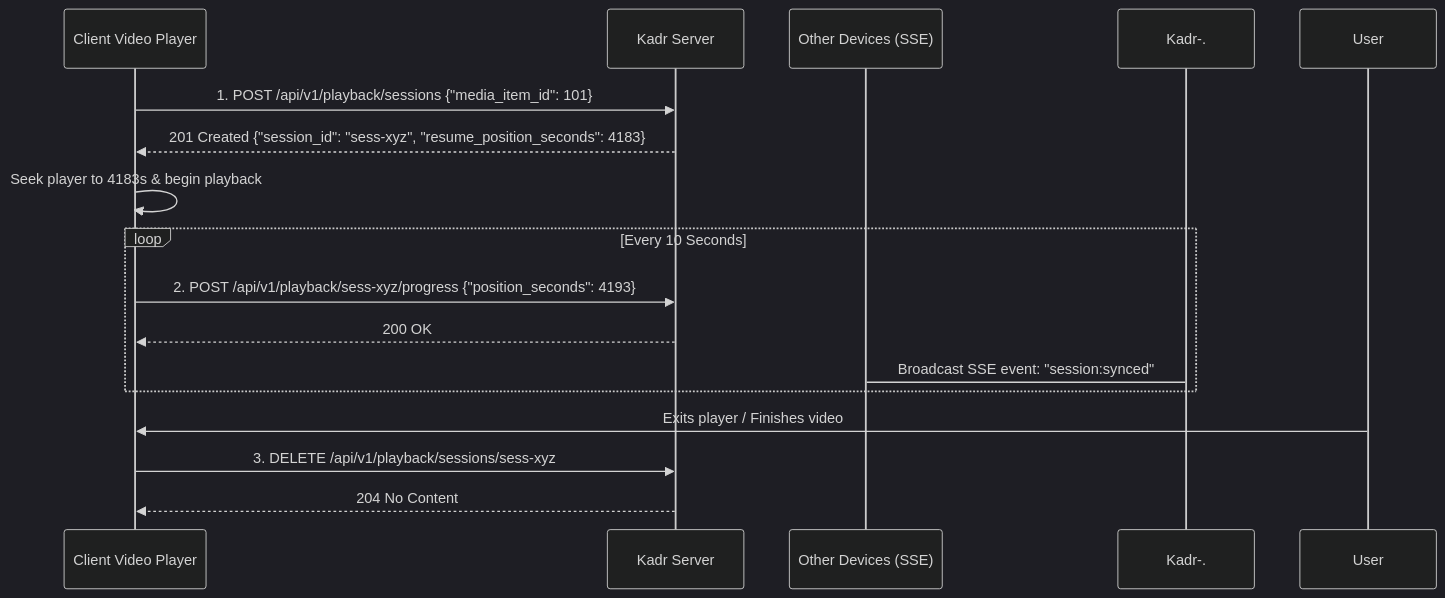
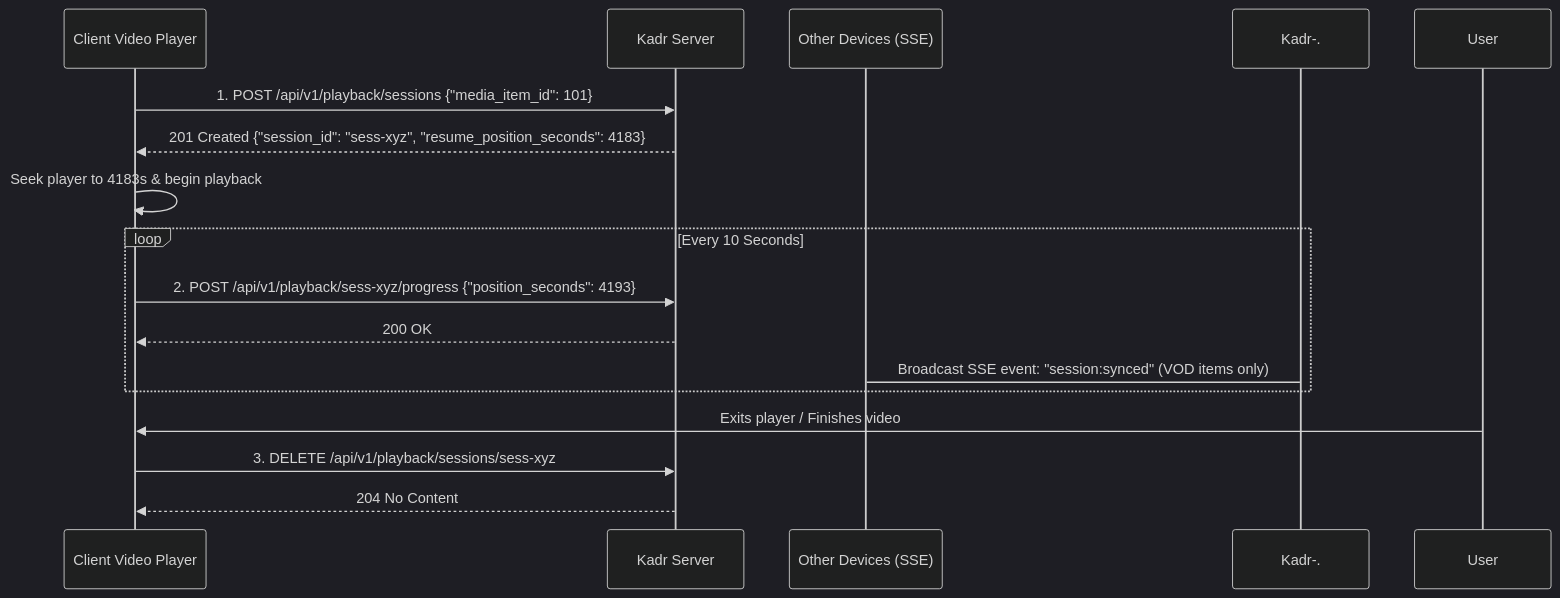
Before and after one commit to BooDy/kadr: the eighth of 10 diagrams in docs/CLIENT_GUIDE.md, drawn with Mermaid (dark theme). The commit also changed other lines of this file, not shown here.

````diff
--- a/docs/CLIENT_GUIDE.md
+++ b/docs/CLIENT_GUIDE.md
@@ -790,20 +902,20 @@
 ```mermaid
 sequenceDiagram
     participant Player as Client Video Player
     participant Kadr as Kadr Server
     participant SSE as Other Devices (SSE)
 
     Player->>Kadr: 1. POST /api/v1/playback/sessions {"media_item_id": 101}
     Kadr-->>Player: 201 Created {"session_id": "sess-xyz", "resume_position_seconds": 4183}
     Player->>Player: Seek player to 4183s & begin playback
 
     loop Every 10 Seconds
         Player->>Kadr: 2. POST /api/v1/playback/sess-xyz/progress {"position_seconds": 4193}
         Kadr-->>Player: 200 OK
-        Kadr-.->SSE: Broadcast SSE event: "session:synced"
+        Kadr-.->SSE: Broadcast SSE event: "session:synced" (VOD items only)
     end
 
     User->>Player: Exits player / Finishes video
     Player->>Kadr: 3. DELETE /api/v1/playback/sessions/sess-xyz
     Kadr-->>Player: 204 No Content
 ```
````
